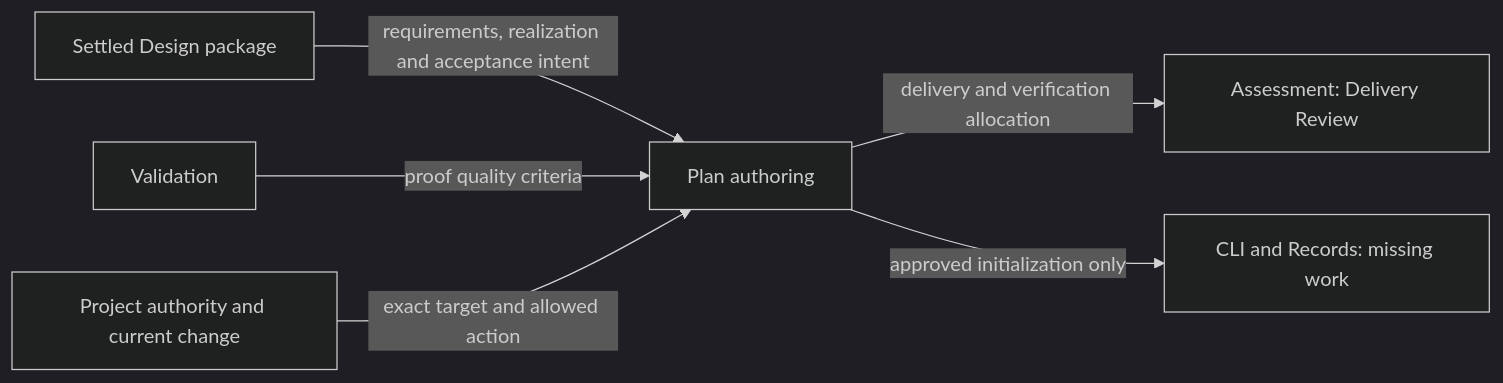
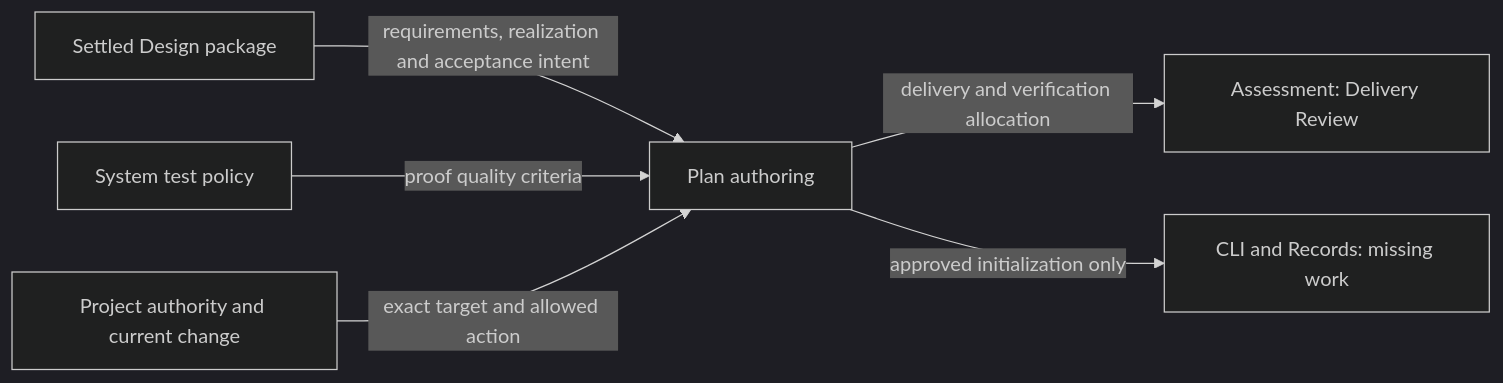
Before and after one commit to xiongxianfei/rigorloop: the second of 3 diagrams in docs/design/skill/authoring/plan.md, drawn with Mermaid (dark theme). The commit also changed other lines of this file and 123 other files, not shown here.

````diff
--- a/docs/design/skill/authoring/plan.md
+++ b/docs/design/skill/authoring/plan.md
@@ -113,8 +119,8 @@
 ```mermaid
 flowchart LR
     Design["Settled Design package"] -->|"requirements, realization and acceptance intent"| Plan["Plan authoring"]
-    Validation["Validation"] -->|"proof quality criteria"| Plan
+    System["System test policy"] -->|"proof quality criteria"| Plan
     Authority["Project authority and current change"] -->|"exact target and allowed action"| Plan
     Plan -->|"delivery and verification allocation"| Review["Assessment: Delivery Review"]
     Plan -->|"approved initialization only"| Records["CLI and Records: missing work"]
 ```
````
